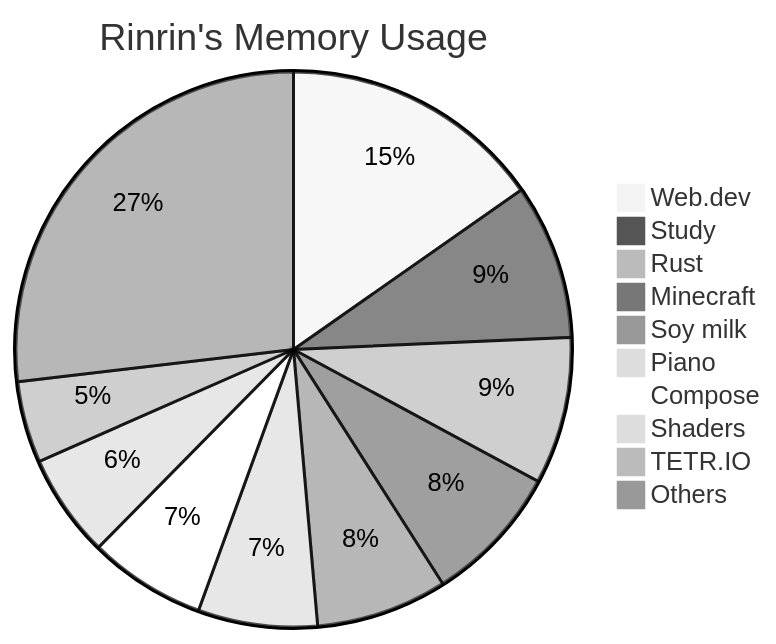
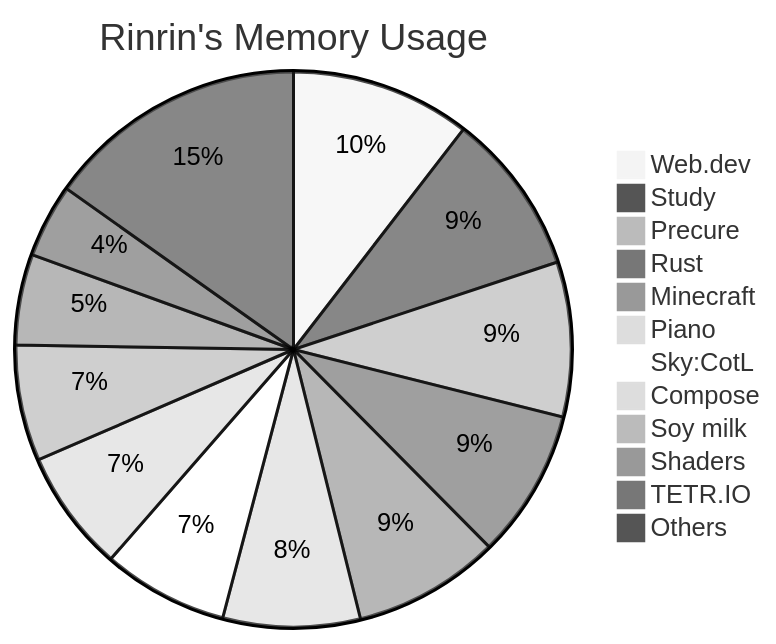
Before and after one commit to Rinrin0413/Rinrin0413: the diagram in README.md, drawn with Mermaid (neutral theme).

Commit message:
🛠 Update: Rinrin's Memory Usage

````diff
--- a/README.md
+++ b/README.md
@@ -75,13 +75,15 @@
 ```mermaid
 pie title Rinrin's Memory Usage
-    "Web.dev": 132
-    "Study": 78
-    "Rust": 74
-    "Minecraft": 70
-    "Soy milk": 66
-    "Piano": 60
-    "Compose": 59
-    "Shaders": 52
-    "TETR.IO": 41
-    "Others": 232
+    "Web.dev": 93
+    "Study": 84
+    "Precure": 80
+    "Rust": 77
+    "Minecraft": 76
+    "Piano": 71
+    "Sky:CotL": 65
+    "Compose": 63
+    "Soy milk": 60
+    "Shaders": 47
+    "TETR.IO": 38
+    "Others": 135
 ```
````
